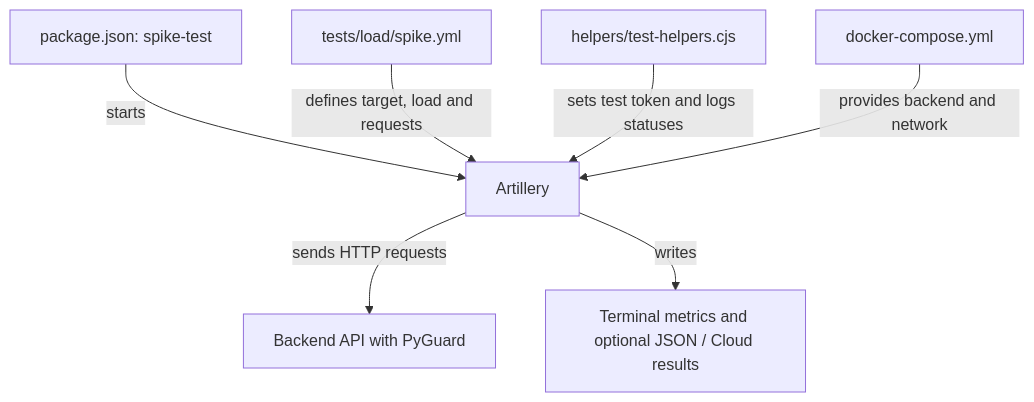
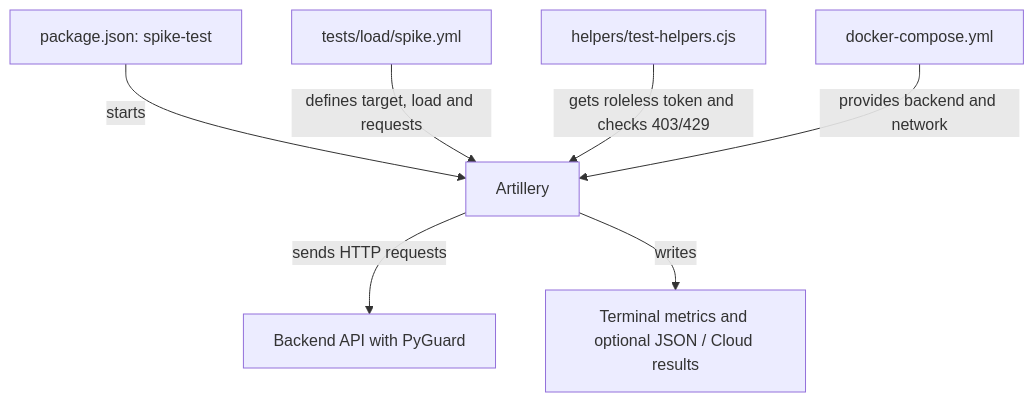
The second of 2 diagrams in projects/bonus1_license_service_oidc/tests/README.md (ValentinTwin1206/modern-python-devops-egineering), drawn with Mermaid before and after one commit. The commit also changed other lines of this file and 24 other files, not shown here.

````diff
--- a/projects/bonus1_license_service_oidc/tests/README.md
+++ b/projects/bonus1_license_service_oidc/tests/README.md
@@ -147,9 +207,9 @@
 ```mermaid
 flowchart TD
     Package["package.json: spike-test"] -->|starts| Runner["Artillery"]
     Config["tests/load/spike.yml"] -->|defines target, load and requests| Runner
-    Helpers["helpers/test-helpers.cjs"] -->|sets test token and logs statuses| Runner
+    Helpers["helpers/test-helpers.cjs"] -->|gets roleless token and checks 403/429| Runner
     Compose["docker-compose.yml"] -->|provides backend and network| Runner
     Runner -->|sends HTTP requests| API["Backend API with PyGuard"]
     Runner -->|writes| Results["Terminal metrics and optional JSON / Cloud results"]
 ```
````
